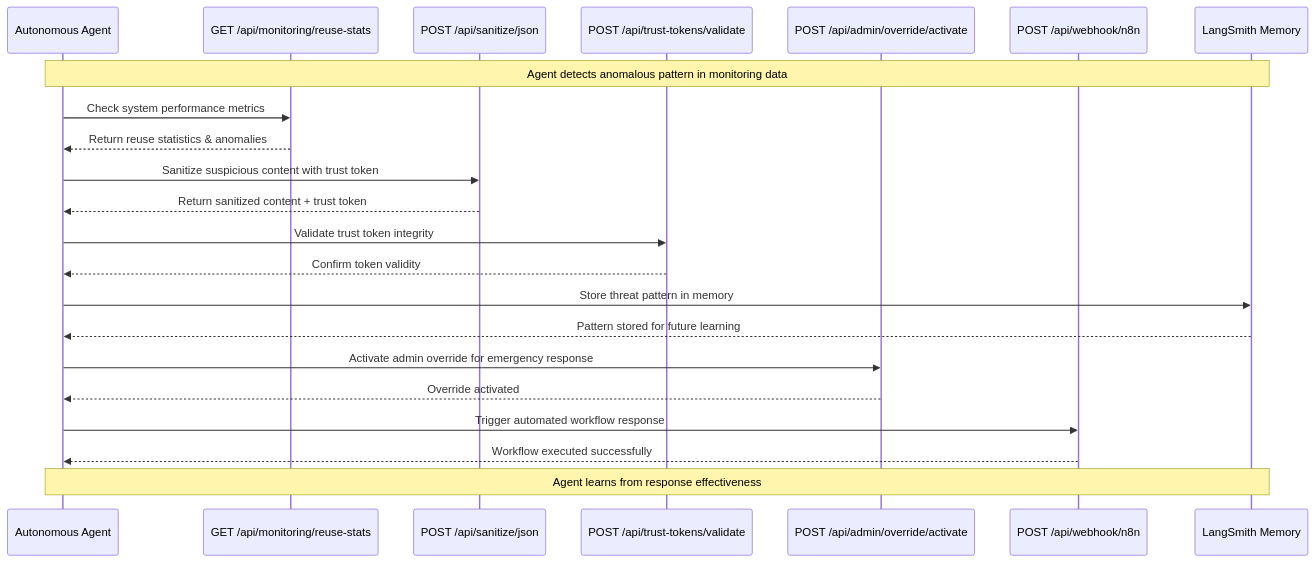
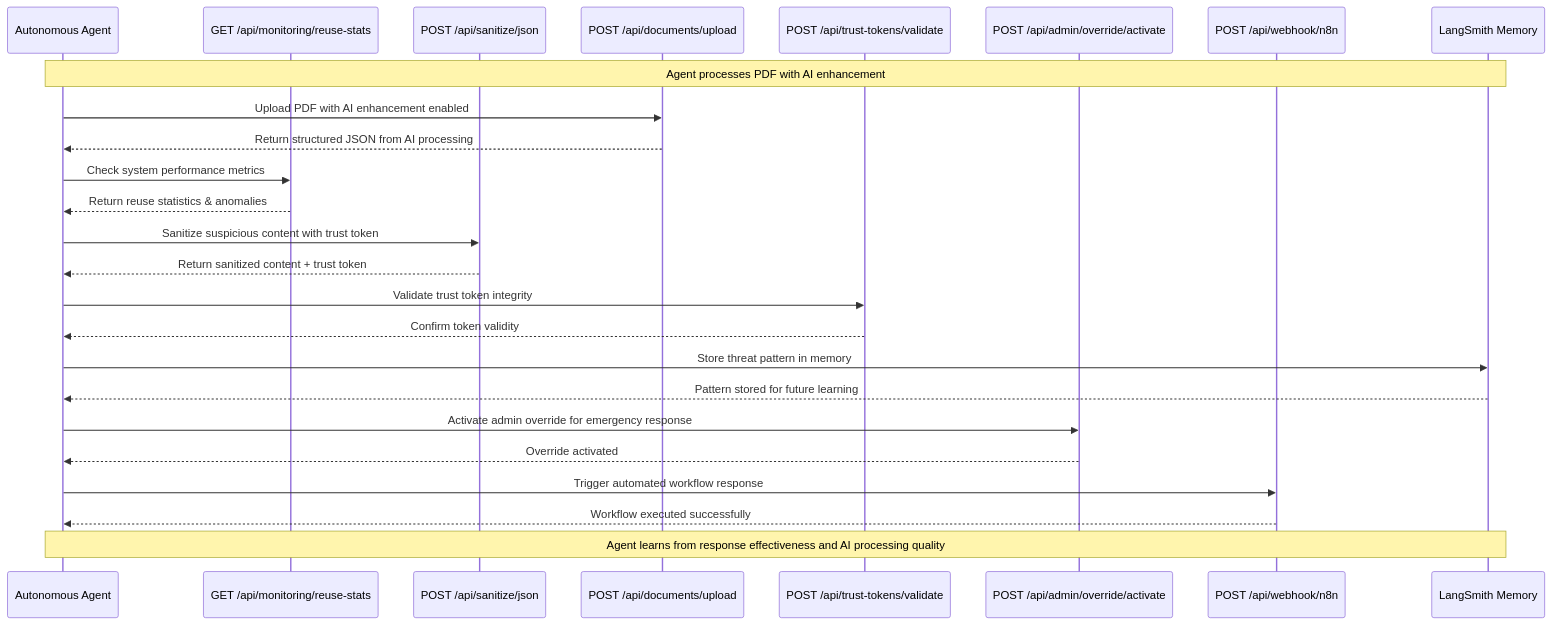
One commit to braedonmerlodev/MCP-AI-Sanitizer changed the second of 2 diagrams in docs/agent-architecture.md. Above: the diagram before and after it, drawn with Mermaid. The commit also changed other lines of this file and 20 other files, not shown here.

````diff
--- a/docs/agent-architecture.md
+++ b/docs/agent-architecture.md
@@ -110,32 +117,36 @@
 ```mermaid
 sequenceDiagram
     participant Agent as Autonomous Agent
     participant Monitor as GET /api/monitoring/reuse-stats
     participant Sanitize as POST /api/sanitize/json
+    participant Upload as POST /api/documents/upload
     participant Validate as POST /api/trust-tokens/validate
     participant Override as POST /api/admin/override/activate
     participant N8N as POST /api/webhook/n8n
     participant LangSmith as LangSmith Memory
 
-    Note over Agent,LangSmith: Agent detects anomalous pattern in monitoring data
+    Note over Agent,LangSmith: Agent processes PDF with AI enhancement
+
+    Agent->>Upload: Upload PDF with AI enhancement enabled
+    Upload-->>Agent: Return structured JSON from AI processing
 
     Agent->>Monitor: Check system performance metrics
     Monitor-->>Agent: Return reuse statistics & anomalies
 
     Agent->>Sanitize: Sanitize suspicious content with trust token
     Sanitize-->>Agent: Return sanitized content + trust token
 
     Agent->>Validate: Validate trust token integrity
     Validate-->>Agent: Confirm token validity
 
     Agent->>LangSmith: Store threat pattern in memory
     LangSmith-->>Agent: Pattern stored for future learning
 
     Agent->>Override: Activate admin override for emergency response
     Override-->>Agent: Override activated
 
     Agent->>N8N: Trigger automated workflow response
     N8N-->>Agent: Workflow executed successfully
 
-    Note over Agent,LangSmith: Agent learns from response effectiveness
+    Note over Agent,LangSmith: Agent learns from response effectiveness and AI processing quality
 ```
````
